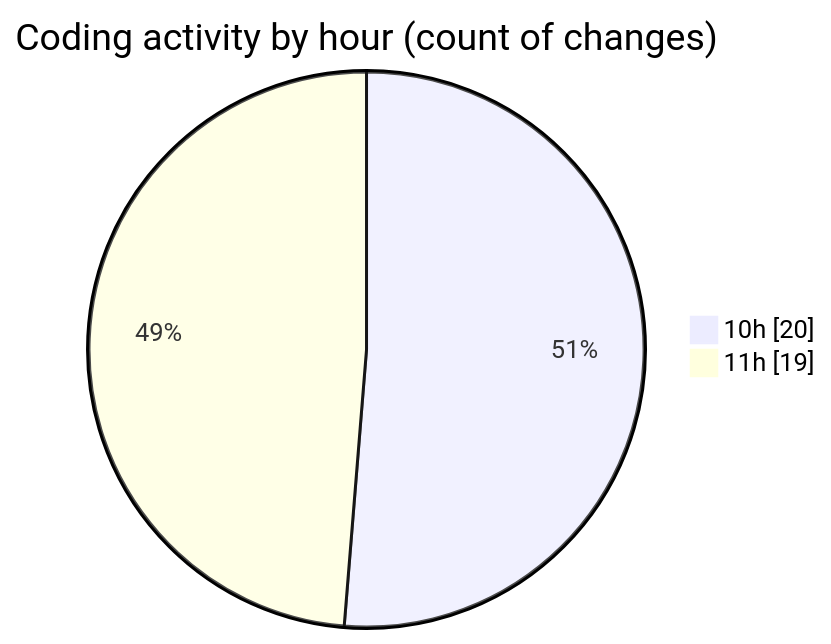
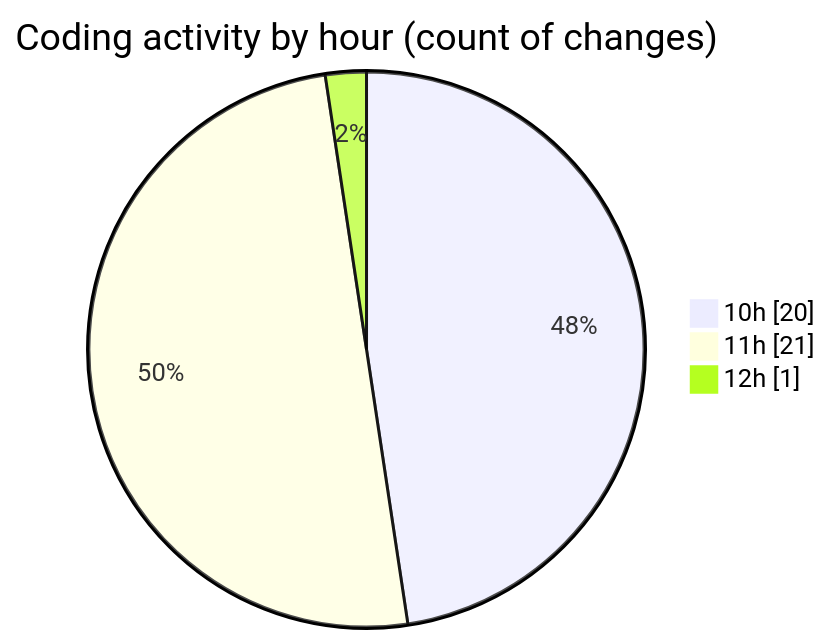
One commit to momahboobian/code-tracking changed the second of 2 diagrams in 2025-05-20/cda/README.md. Above: the diagram before and after it, drawn with Mermaid. The commit also changed other lines of this file and 1 other file, not shown here.

````diff
--- a/2025-05-20/cda/README.md
+++ b/2025-05-20/cda/README.md
@@ -42,6 +42,7 @@
 ```mermaid
 pie showData
 title Coding activity by hour (count of changes)
 "10h" : 20
-"11h" : 19
+"11h" : 21
+"12h" : 1
 ```
````
